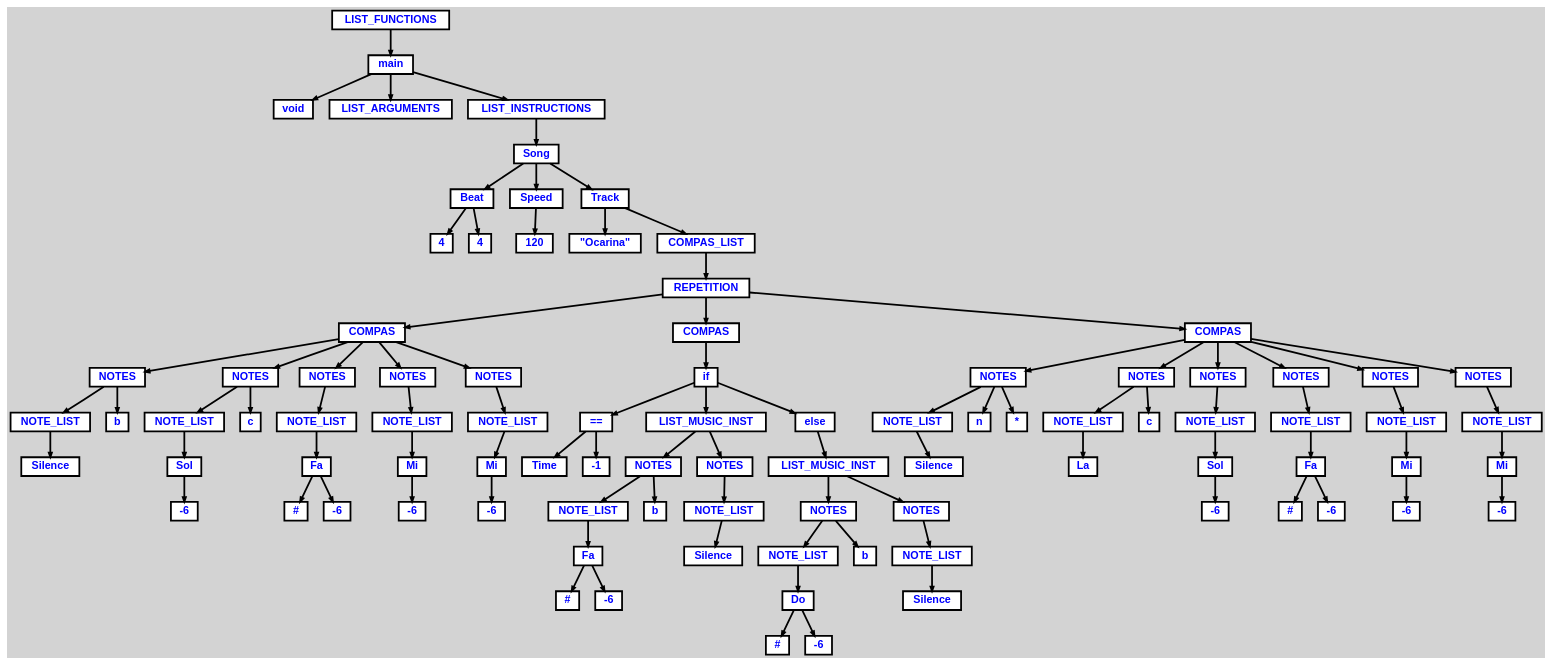
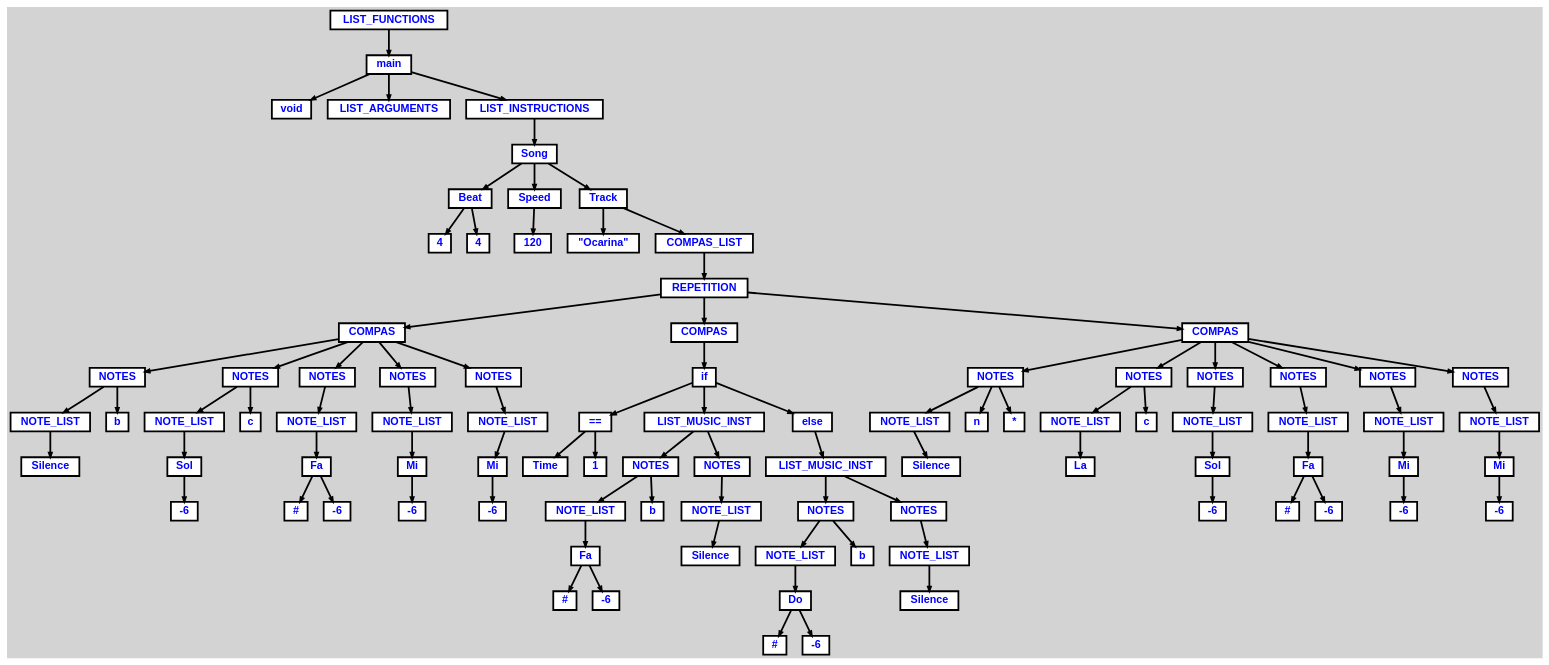
The diagram in tree.dot (mariofv/A-Music-Language), drawn with Graphviz before and after one commit. The commit also changed 3 other files, not shown here.

```diff
--- a/tree.dot
+++ b/tree.dot
@@ -74,7 +74,7 @@
   n40 [label="=="];
   n40 [label="=="];
   n41 [label="Time"];
-  n42 [label="-1"];
+  n42 [label="1"];
   n43 [label="LIST_MUSIC_INST"];
   n43 [label="LIST_MUSIC_INST"];
   n44 [label="NOTES"];
@@ -195,7 +195,7 @@
   n38 -> n39 // "COMPAS" -> "if"
   n39 -> n40 // "if" -> "=="
   n40 -> n41 // "==" -> "Time"
-  n40 -> n42 // "==" -> "-1"
+  n40 -> n42 // "==" -> "1"
   n39 -> n43 // "if" -> "LIST_MUSIC_INST"
   n43 -> n44 // "LIST_MUSIC_INST" -> "NOTES"
   n44 -> n45 // "NOTES" -> "NOTE_LIST"
```
